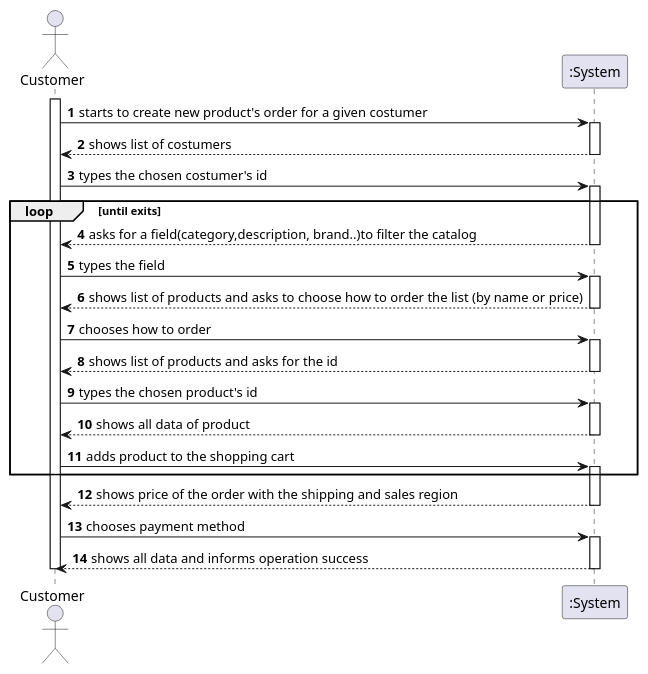
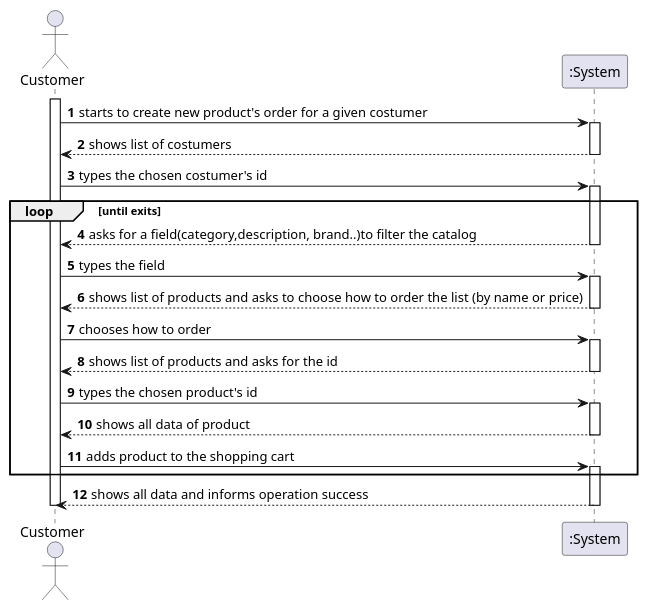
The diagram in docs/Sprint3/US1501/US1501_SSD.puml (marttuga/LAPR4-SmartSystems), drawn with PlantUML before and after one commit. The commit also changed 3 other files, not shown here.

```diff
--- a/docs/Sprint3/US1501/US1501_SSD.puml
+++ b/docs/Sprint3/US1501/US1501_SSD.puml
@@ -1,53 +1,48 @@
 @startuml
 autonumber
 actor "Customer" as C
 
 activate C
 C -> ":System" : starts to create new product's order for a given costumer
 activate ":System"
 
 ":System" --> C : shows list of costumers
 deactivate ":System"
 
 C -> ":System" : types the chosen costumer's id
 activate ":System"
 loop until exits
 ":System" --> C : asks for a field(category,description, brand..)to filter the catalog
 deactivate ":System"
 
 C -> ":System" : types the field
 activate ":System"
 
 ":System" --> C : shows list of products and asks to choose how to order the list (by name or price)
 deactivate ":System"
 
 C -> ":System" : chooses how to order
 activate ":System"
 
 ":System" --> C : shows list of products and asks for the id
 deactivate ":System"
 
 C -> ":System" : types the chosen product's id
 
 activate ":System"
 
 ":System" --> C : shows all data of product
 deactivate ":System"
 
 C -> ":System" : adds product to the shopping cart
 
 activate ":System"
 end loop;
 
-":System" --> C : shows price of the order with the shipping and sales region
-
-deactivate ":System"
-C -> ":System" : chooses payment method
-activate ":System"
 
 ":System" --> C :shows all data and informs operation success
 
 deactivate ":System"
 deactivate C
 
 @enduml
```
